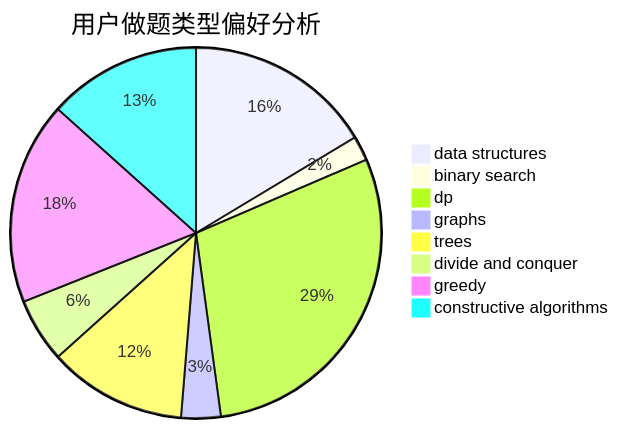
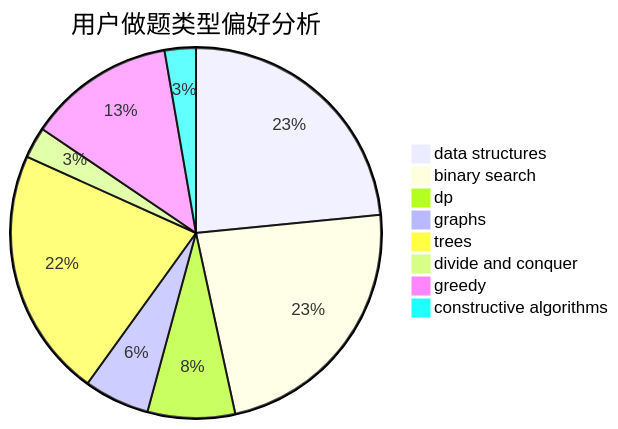
One commit to sherpahu/cfrs.github.io changed the second of 3 diagrams in docs/user/u1416.md. Above: the diagram before and after it, drawn with Mermaid. The commit also changed other lines of this file and 2770 other files, not shown here.

````diff
--- a/docs/user/u1416.md
+++ b/docs/user/u1416.md
@@ -23,11 +23,11 @@
 ```mermaid
 pie title 用户做题类型偏好分析
-    "data structures" :  38
-    "binary search" :  5
-    "dp" :  68
-    "graphs" :  8
-    "trees" :  28
-    "divide and conquer" :  13
-    "greedy" :  41
-    "constructive algorithms" :  31
+    "data structures" :  86
+    "binary search" :  85
+    "dp" :  28
+    "graphs" :  21
+    "trees" :  80
+    "divide and conquer" :  10
+    "greedy" :  47
+    "constructive algorithms" :  10
 ```
````
